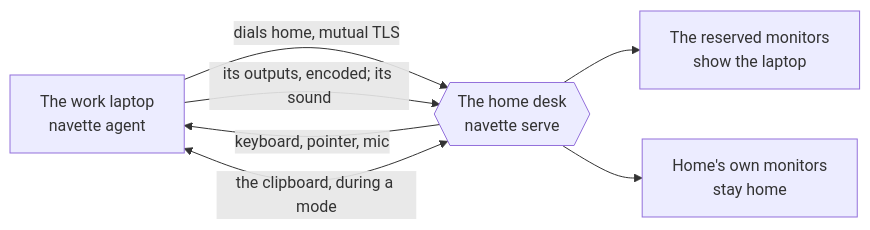
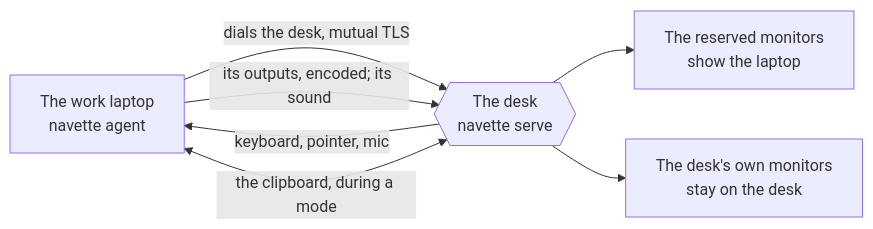
Before and after one commit to KristenJestin/navette: the diagram in README.md, drawn with Mermaid. The commit also changed other lines of this file and 47 other files, not shown here.

````diff
--- a/README.md
+++ b/README.md
@@ -33,9 +33,9 @@
 ```mermaid
 flowchart LR
-    laptop["The work laptop<br/>navette agent"] -- "dials home, mutual TLS" --> home{{"The home desk<br/>navette serve"}}
-    laptop -- "its outputs, encoded; its sound" --> home
-    home -- "keyboard, pointer, mic" --> laptop
-    home <-- "the clipboard, during a mode" --> laptop
-    home --> monitors["The reserved monitors<br/>show the laptop"]
-    home --> own["Home's own monitors<br/>stay home"]
+    laptop["The work laptop<br/>navette agent"] -- "dials the desk, mutual TLS" --> desk{{"The desk<br/>navette serve"}}
+    laptop -- "its outputs, encoded; its sound" --> desk
+    desk -- "keyboard, pointer, mic" --> laptop
+    desk <-- "the clipboard, during a mode" --> laptop
+    desk --> monitors["The reserved monitors<br/>show the laptop"]
+    desk --> own["The desk's own monitors<br/>stay on the desk"]
 ```
````
